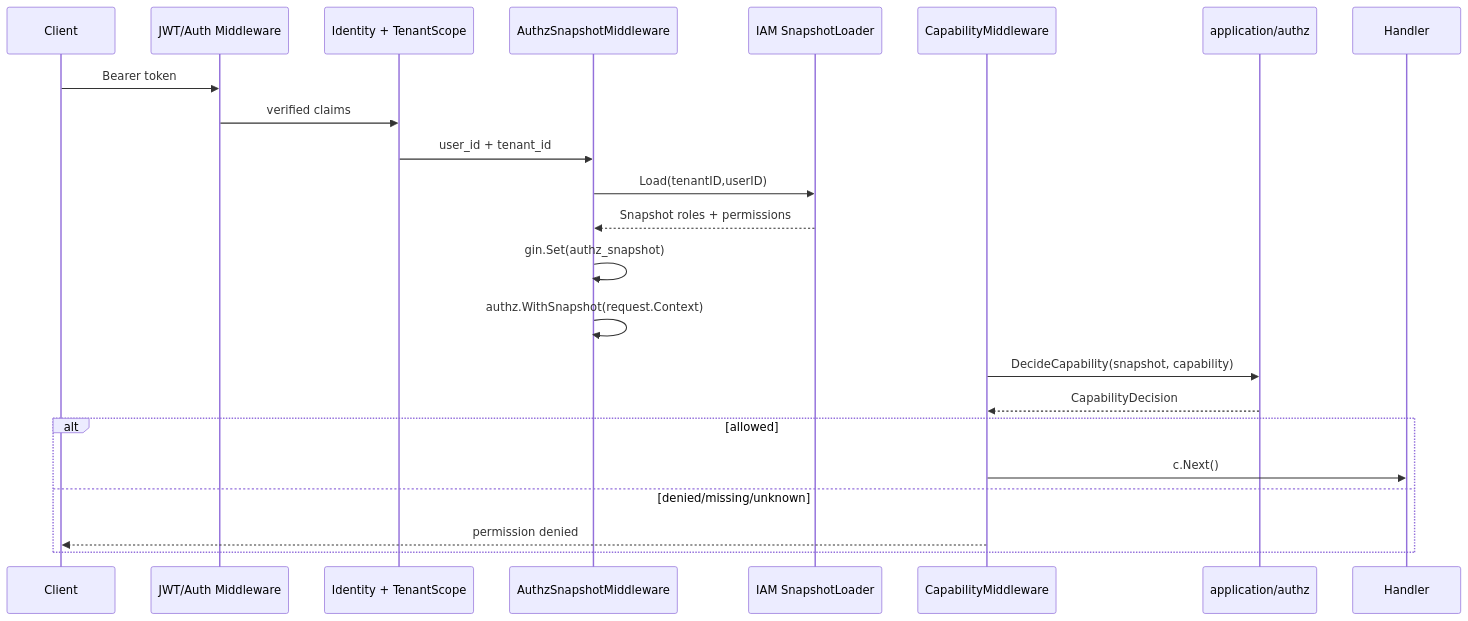
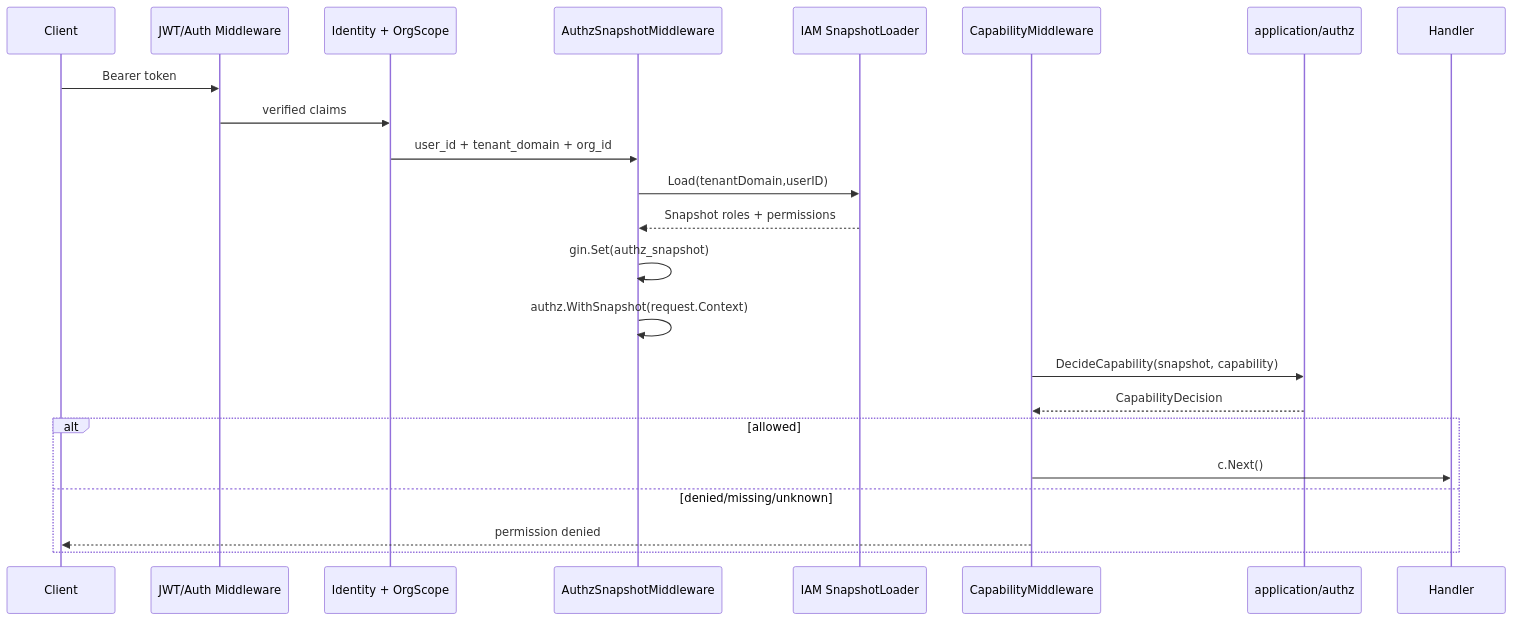
Before and after one commit to FangcunMount/qs-server: the diagram in docs/03-基础设施/security/02-AuthzSnapshot与CapabilityDecision.md, drawn with Mermaid. The commit also changed other lines of this file and 30 other files, not shown here.

Commit message:
doc  security 文档语义迁移，将 组合、组织模型统一为 TenantDomain + OrgID / OrgScope 模型，清理运行时、接口运维、专题分析、宣讲文档里的旧 TenantScope、旧 middleware、numeric org 等残留说法。

````diff
--- a/docs/03-基础设施/security/02-AuthzSnapshot与CapabilityDecision.md
+++ b/docs/03-基础设施/security/02-AuthzSnapshot与CapabilityDecision.md
@@ -54,26 +54,26 @@
 ```mermaid
 sequenceDiagram
     participant C as Client
     participant JWT as JWT/Auth Middleware
-    participant Scope as Identity + TenantScope
+    participant Scope as Identity + OrgScope
     participant MW as AuthzSnapshotMiddleware
     participant IAM as IAM SnapshotLoader
     participant Cap as CapabilityMiddleware
     participant Authz as application/authz
     participant H as Handler
 
     C->>JWT: Bearer token
     JWT->>Scope: verified claims
-    Scope->>MW: user_id + tenant_id
-    MW->>IAM: Load(tenantID,userID)
+    Scope->>MW: user_id + tenant_domain + org_id
+    MW->>IAM: Load(tenantDomain,userID)
     IAM-->>MW: Snapshot roles + permissions
     MW->>MW: gin.Set(authz_snapshot)
     MW->>MW: authz.WithSnapshot(request.Context)
     Cap->>Authz: DecideCapability(snapshot, capability)
     Authz-->>Cap: CapabilityDecision
     alt allowed
         Cap->>H: c.Next()
     else denied/missing/unknown
         Cap-->>C: permission denied
     end
 ```
````
